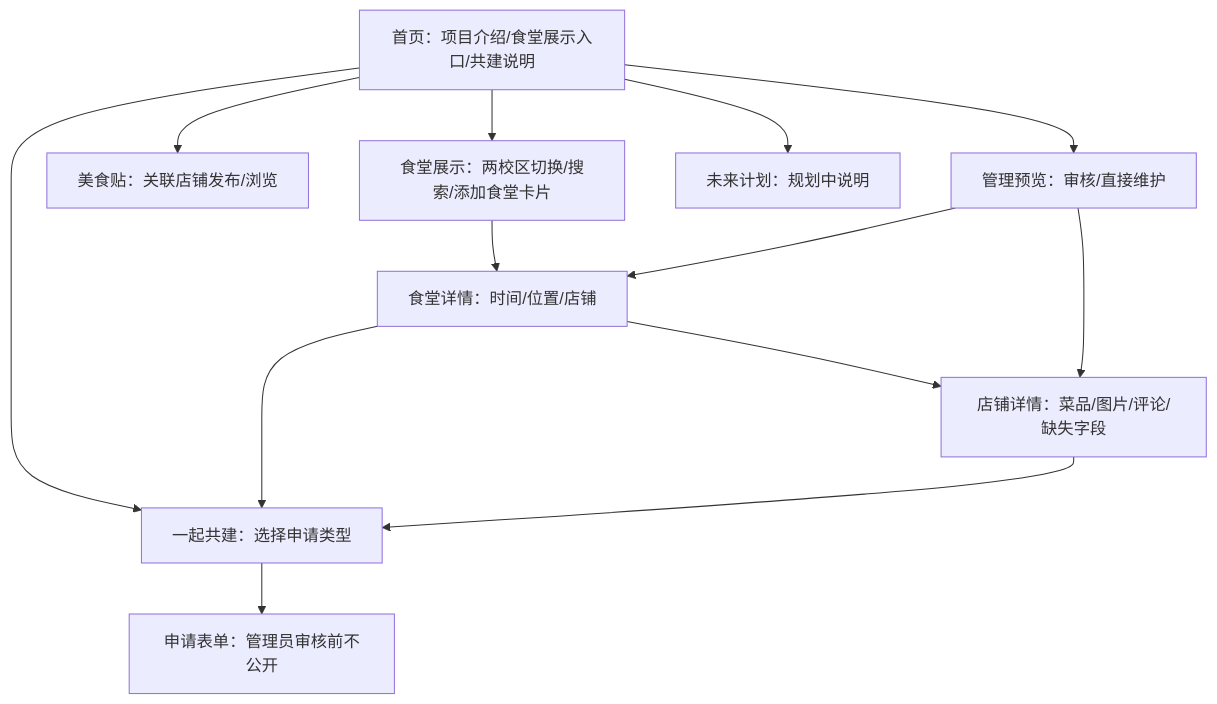
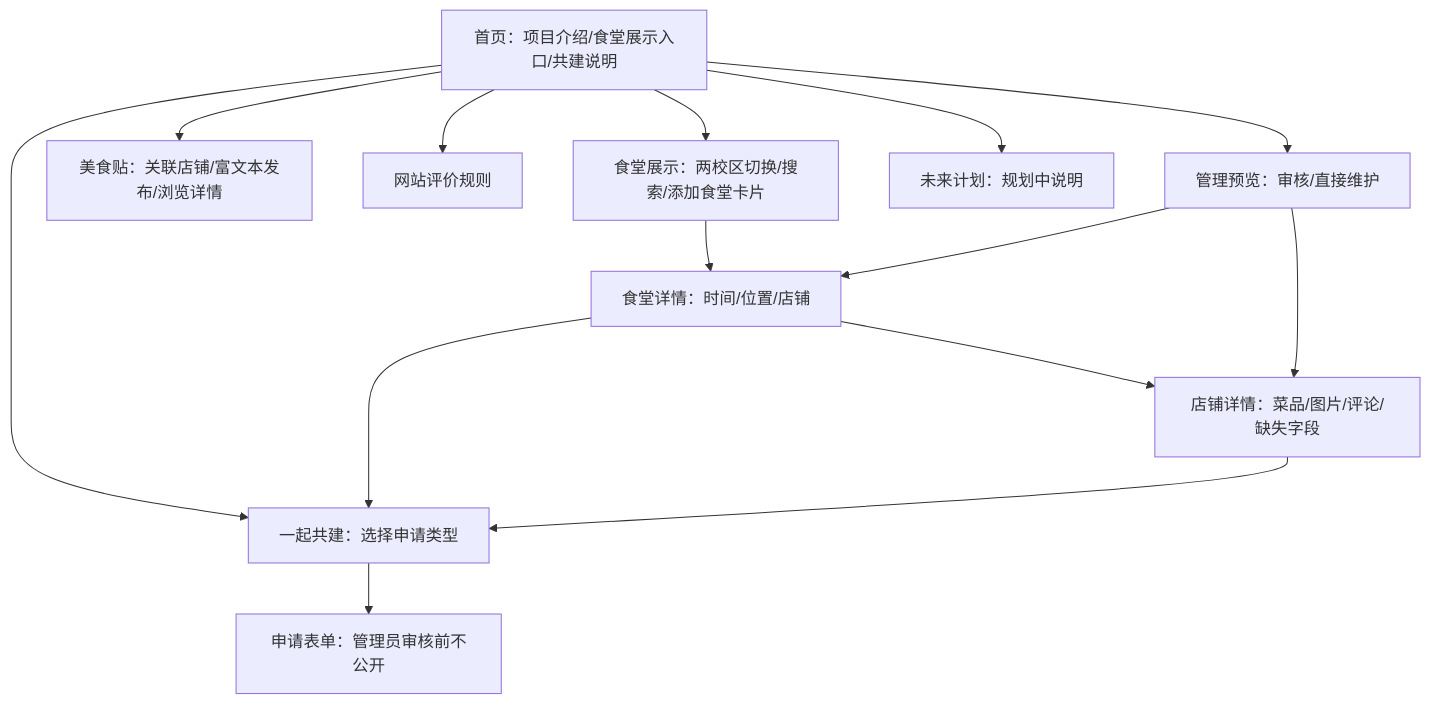
Before and after one commit to Danouga/campus-canteen-review: the diagram in docs/06-MVP界面规划.md, drawn with Mermaid. The commit also changed other lines of this file and 13 other files, not shown here.

````diff
--- a/docs/06-MVP界面规划.md
+++ b/docs/06-MVP界面规划.md
@@ -19,15 +19,16 @@
 ```mermaid
 flowchart TD
   A[首页：项目介绍/食堂展示入口/共建说明] --> H[食堂展示：两校区切换/搜索/添加食堂卡片]
   H --> B[食堂详情：时间/位置/店铺]
   B --> C[店铺详情：菜品/图片/评论/缺失字段]
   A --> D[一起共建：选择申请类型]
-  A --> P[美食贴：关联店铺发布/浏览]
+  A --> P[美食贴：关联店铺/富文本发布/浏览详情]
+  A --> R[网站评价规则]
   B --> D
   C --> D
   D --> E[申请表单：管理员审核前不公开]
   A --> F[管理预览：审核/直接维护]
   F --> B
   F --> C
   A --> G[未来计划：规划中说明]
 ```
````
